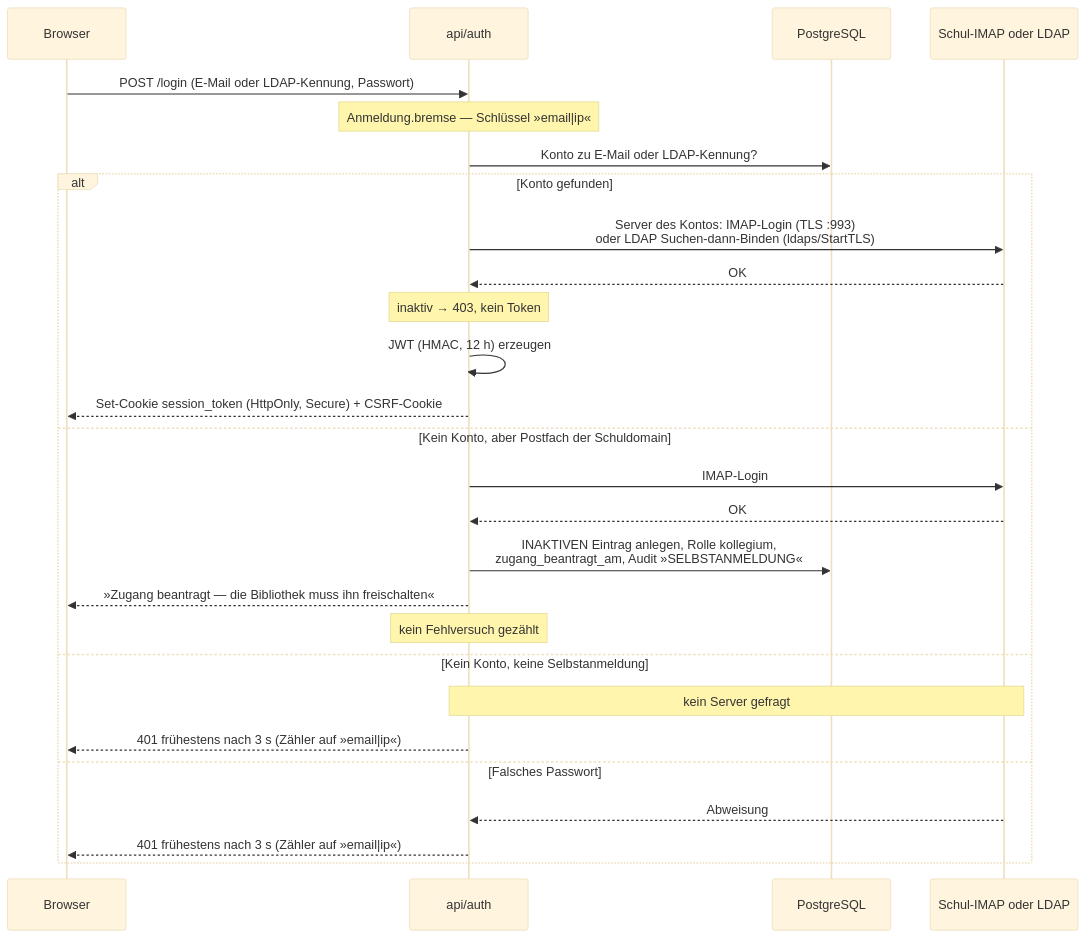
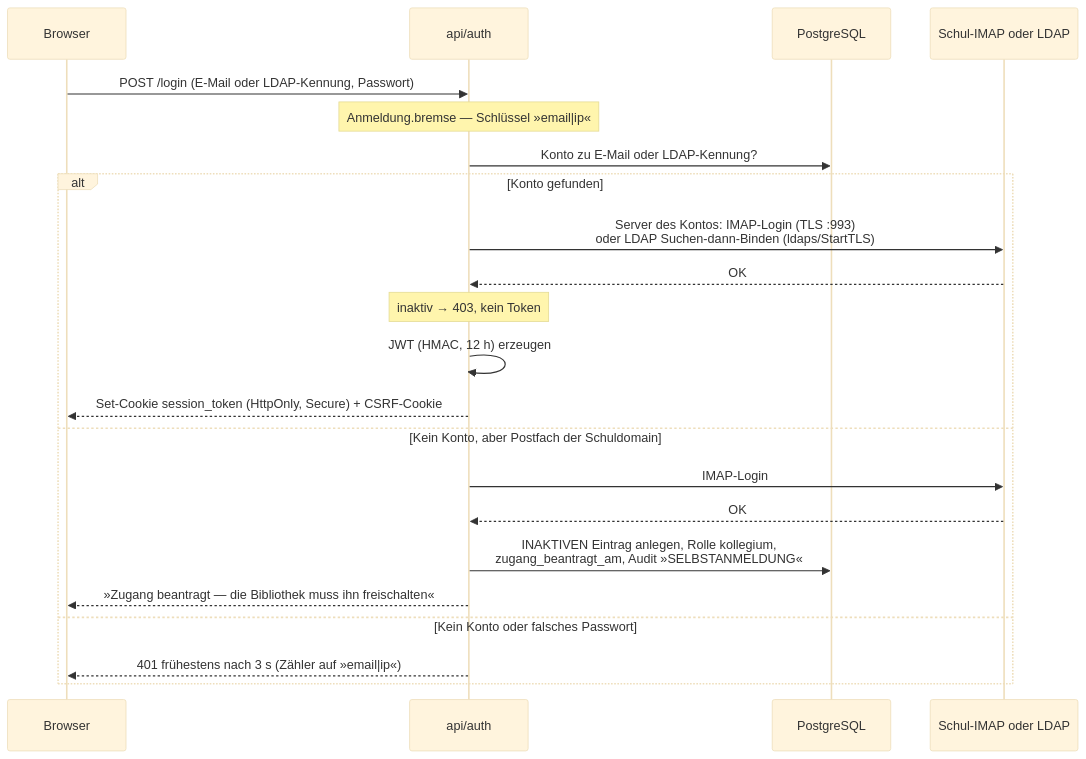
The second of 5 diagrams in docs/ARCHITEKTUR.md (uuuxy/bibliothek), drawn with Mermaid (base theme) before and after one commit. The commit also changed other lines of this file and 1 other file, not shown here.

First line of the commit message:
docs(architektur): ARCHITEKTUR.md auf weniger als die Hälfte gekürzt

````diff
--- a/docs/ARCHITEKTUR.md
+++ b/docs/ARCHITEKTUR.md
@@ -1213,30 +814,25 @@
 ```mermaid
 sequenceDiagram
     participant B as Browser
     participant A as api/auth
     participant DB as PostgreSQL
     participant S as Schul-IMAP oder LDAP
 
     B->>A: POST /login (E-Mail oder LDAP-Kennung, Passwort)
     Note over A: Anmeldung.bremse — Schlüssel »email|ip«
     A->>DB: Konto zu E-Mail oder LDAP-Kennung?
     alt Konto gefunden
         A->>S: Server des Kontos: IMAP-Login (TLS :993)<br/>oder LDAP Suchen-dann-Binden (ldaps/StartTLS)
         S-->>A: OK
         Note over A: inaktiv → 403, kein Token
         A->>A: JWT (HMAC, 12 h) erzeugen
         A-->>B: Set-Cookie session_token (HttpOnly, Secure) + CSRF-Cookie
     else Kein Konto, aber Postfach der Schuldomain
         A->>S: IMAP-Login
         S-->>A: OK
         A->>DB: INAKTIVEN Eintrag anlegen, Rolle kollegium,<br/>zugang_beantragt_am, Audit »SELBSTANMELDUNG«
         A-->>B: »Zugang beantragt — die Bibliothek muss ihn freischalten«
-        Note over A: kein Fehlversuch gezählt
-    else Kein Konto, keine Selbstanmeldung
-        Note over A,S: kein Server gefragt
-        A-->>B: 401 frühestens nach 3 s (Zähler auf »email|ip«)
-    else Falsches Passwort
-        S-->>A: Abweisung
+    else Kein Konto oder falsches Passwort
         A-->>B: 401 frühestens nach 3 s (Zähler auf »email|ip«)
     end
 ```
````
